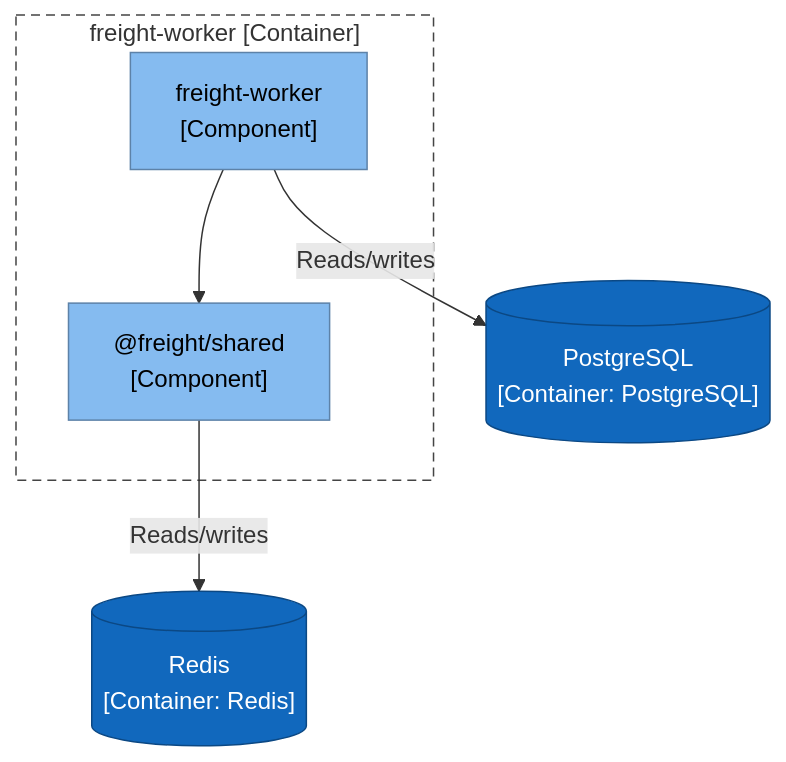
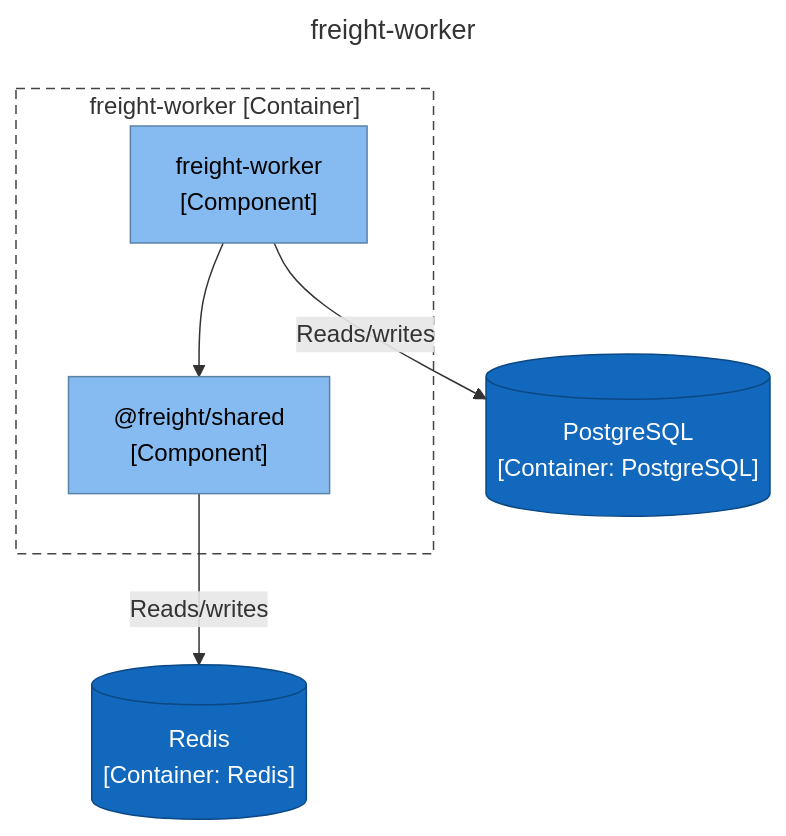
Before and after one commit to ythalorossy/architecture-skills: the third of 5 diagrams in tests/golden/freight/output/ArchitectureReport.md, drawn with Mermaid. The commit also changed other lines of this file and 4 other files, not shown here.

````diff
--- a/tests/golden/freight/output/ArchitectureReport.md
+++ b/tests/golden/freight/output/ArchitectureReport.md
@@ -92,21 +116,24 @@
 ```mermaid
+---
+title: "freight-worker"
+---
 flowchart TB
     subgraph boundary["freight-worker [Container]"]
         freight_shared["@freight/shared<br/>[Component]"]
         freight_worker["freight-worker<br/>[Component]"]
     end
     freight_worker --> freight_shared
     db_postgresql[("PostgreSQL<br/>[Container: PostgreSQL]")]
     freight_worker -->|"Reads/writes"| db_postgresql
     db_redis[("Redis<br/>[Container: Redis]")]
     freight_shared -->|"Reads/writes"| db_redis
     classDef person fill:#08427b,stroke:#052e56,color:#ffffff
     classDef container fill:#1168bd,stroke:#0b4884,color:#ffffff
     classDef system fill:#1168bd,stroke:#0b4884,color:#ffffff
     classDef component fill:#85bbf0,stroke:#5d82a8,color:#000000
     classDef external fill:#999999,stroke:#6b6b6b,color:#ffffff
     classDef shared fill:#dbe9f6,stroke:#5d82a8,color:#000000,stroke-dasharray:4 3
     class freight_shared,freight_worker component
     class db_postgresql,db_redis container
     style boundary fill:none,stroke:#444444,stroke-dasharray:6 4
 ```
````
